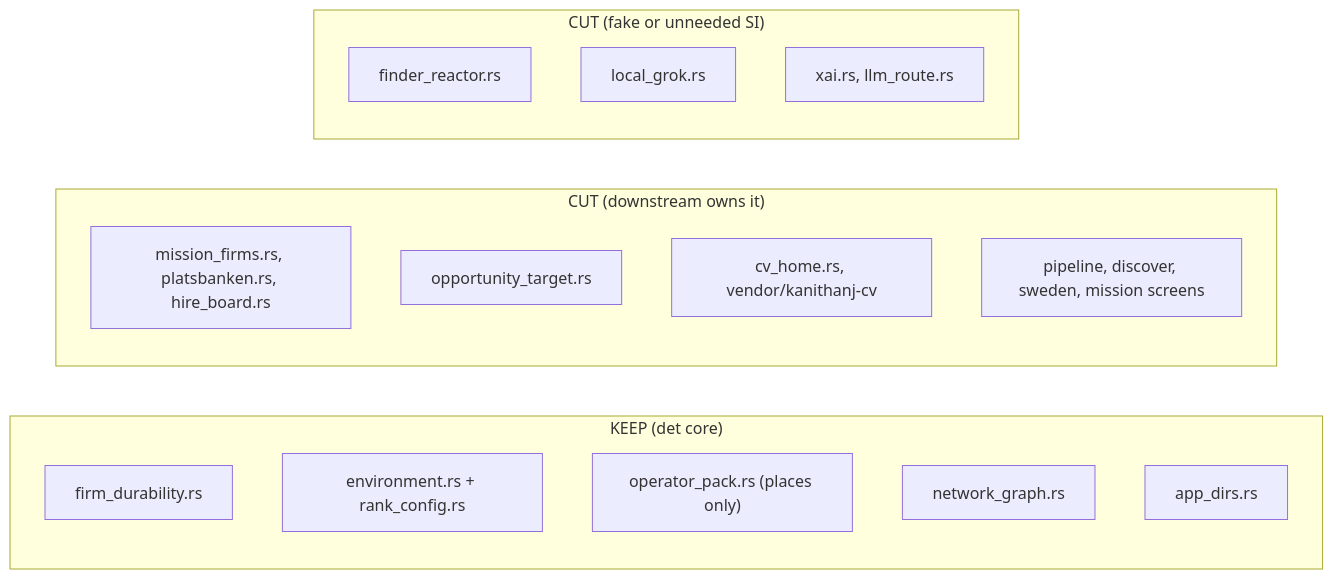
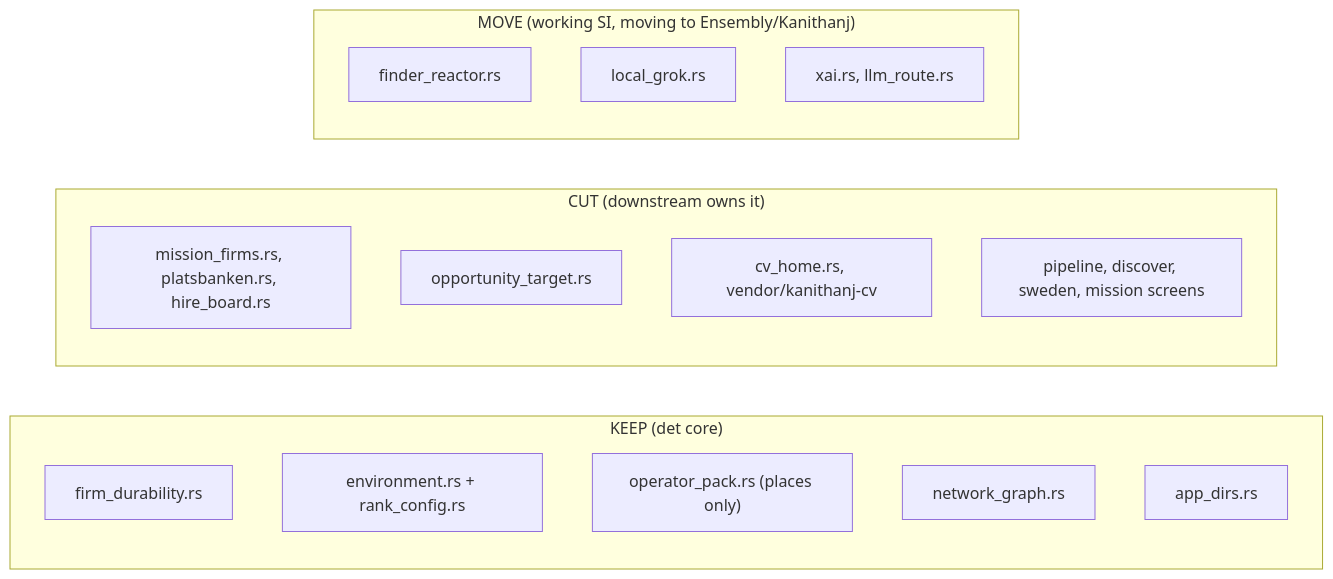
Before and after one commit to p10ns11y/collab-finder: the third of 4 diagrams in docs/STEERING.md, drawn with Mermaid. The commit also changed other lines of this file, not shown here.

Commit message:
docs(steering): SI code works; move it to Ensembly/Kanithanj instead of calling it fake

````diff
--- a/docs/STEERING.md
+++ b/docs/STEERING.md
@@ -49,21 +49,21 @@
 ```mermaid
 flowchart LR
   subgraph KEEP["KEEP (det core)"]
     k1["firm_durability.rs"]
     k2["environment.rs + rank_config.rs"]
     k3["operator_pack.rs (places only)"]
     k4["network_graph.rs"]
     k5["app_dirs.rs"]
   end
   subgraph CUT["CUT (downstream owns it)"]
     c1["mission_firms.rs, platsbanken.rs, hire_board.rs"]
     c2["opportunity_target.rs"]
     c3["cv_home.rs, vendor/kanithanj-cv"]
     c4["pipeline, discover, sweden, mission screens"]
   end
-  subgraph CUTSI["CUT (fake or unneeded SI)"]
+  subgraph CUTSI["MOVE (working SI, moving to Ensembly/Kanithanj)"]
     s1["finder_reactor.rs"]
     s2["local_grok.rs"]
     s3["xai.rs, llm_route.rs"]
   end
 ```
````
